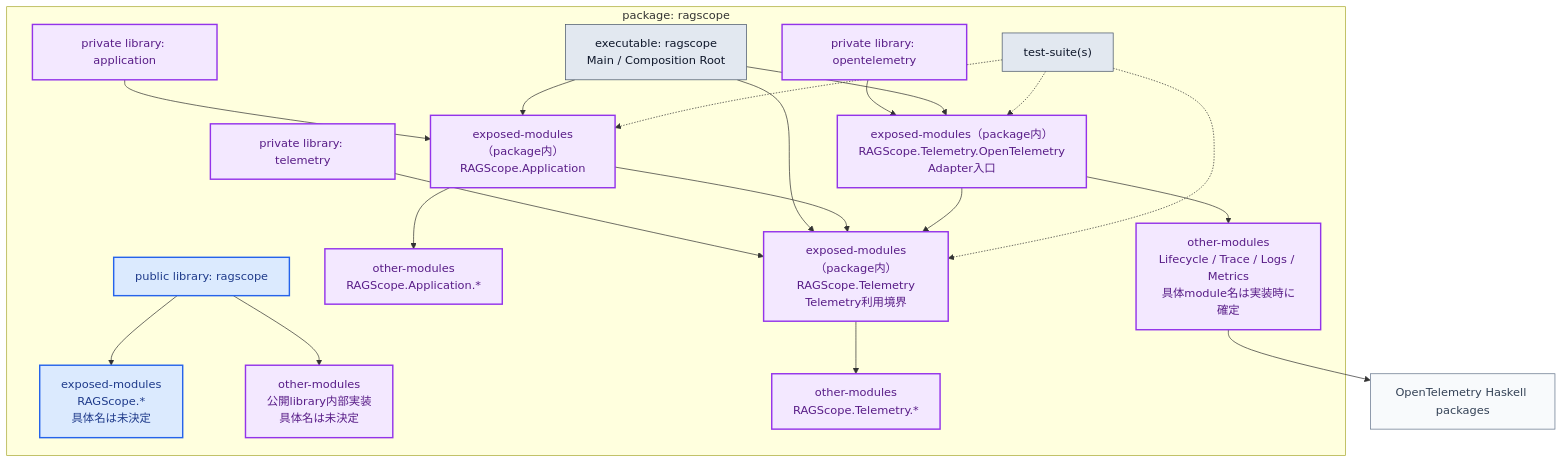
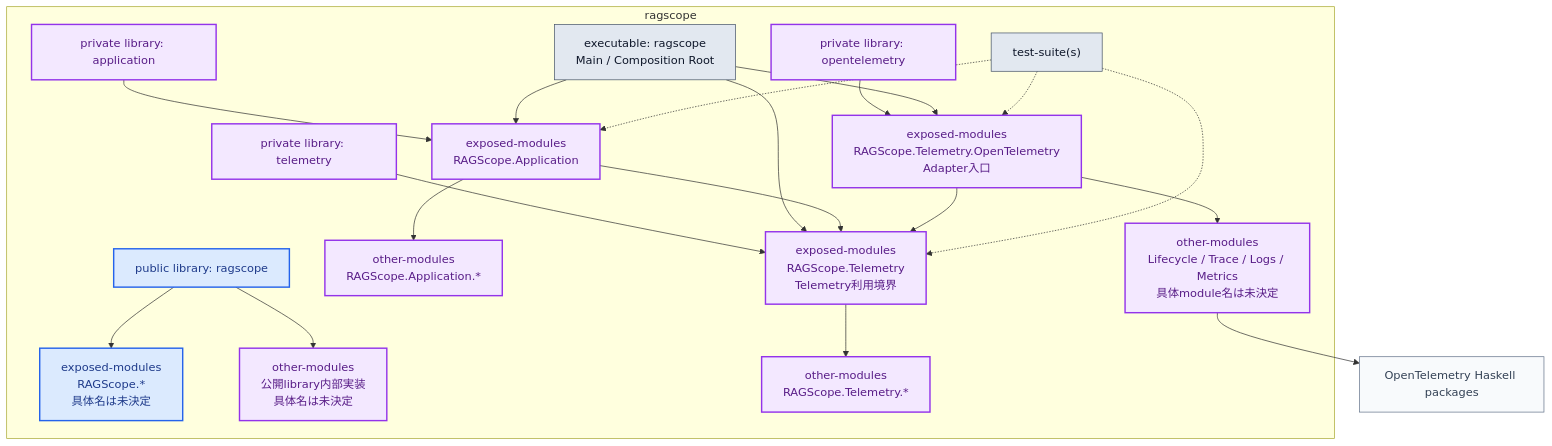
Before and after one commit to takashit16833/Workbench: the first of 2 diagrams in Notes/RAGScope/RAGScopeアプリケーション/RS-0024 Haskellライブラリ・モジュールマップ.md, drawn with Mermaid. The commit also changed other lines of this file, not shown here.

````diff
--- a/Notes/RAGScope/RAGScopeアプリケーション/RS-0024 Haskellライブラリ・モジュールマップ.md
+++ b/Notes/RAGScope/RAGScopeアプリケーション/RS-0024 Haskellライブラリ・モジュールマップ.md
@@ -61,50 +17,50 @@
 ```mermaid
 flowchart TB
-    subgraph PKG["package: ragscope"]
+    subgraph PKG["ragscope"]
         PUBLIB["public library: ragscope"]:::public
         PUBEX["exposed-modules<br/>RAGScope.*<br/>具体名は未決定"]:::public
         PUBOTHER["other-modules<br/>公開library内部実装<br/>具体名は未決定"]:::private
         PUBLIB --> PUBEX
         PUBLIB --> PUBOTHER
 
         APPLIB["private library: application"]:::private
-        APPAPI["exposed-modules（package内）<br/>RAGScope.Application"]:::private
+        APPAPI["exposed-modules<br/>RAGScope.Application"]:::private
         APPOTHER["other-modules<br/>RAGScope.Application.*"]:::private
         APPLIB --> APPAPI
         APPAPI --> APPOTHER
 
         TELLIB["private library: telemetry"]:::private
-        TELAPI["exposed-modules（package内）<br/>RAGScope.Telemetry<br/>Telemetry利用境界"]:::private
+        TELAPI["exposed-modules<br/>RAGScope.Telemetry<br/>Telemetry利用境界"]:::private
         TELOTHER["other-modules<br/>RAGScope.Telemetry.*"]:::private
         TELLIB --> TELAPI
         TELAPI --> TELOTHER
 
         OTELLIB["private library: opentelemetry"]:::private
-        OTELAPI["exposed-modules（package内）<br/>RAGScope.Telemetry.OpenTelemetry<br/>Adapter入口"]:::private
-        OTELOTHER["other-modules<br/>Lifecycle / Trace / Logs / Metrics<br/>具体module名は実装時に確定"]:::private
+        OTELAPI["exposed-modules<br/>RAGScope.Telemetry.OpenTelemetry<br/>Adapter入口"]:::private
+        OTELOTHER["other-modules<br/>Lifecycle / Trace / Logs / Metrics<br/>具体module名は未決定"]:::private
         OTELLIB --> OTELAPI
         OTELAPI --> OTELOTHER
 
         MAIN["executable: ragscope<br/>Main / Composition Root"]:::runtime
         TEST["test-suite(s)"]:::runtime
 
         MAIN --> APPAPI
         MAIN --> TELAPI
         MAIN --> OTELAPI
 
         APPAPI --> TELAPI
         OTELAPI --> TELAPI
 
         TEST -.-> APPAPI
         TEST -.-> TELAPI
         TEST -.-> OTELAPI
     end
 
     OTELPKG["OpenTelemetry Haskell packages"]:::external
     OTELOTHER --> OTELPKG
 
     classDef public fill:#dbeafe,stroke:#2563eb,color:#1e3a8a,stroke-width:2px;
     classDef private fill:#f3e8ff,stroke:#9333ea,color:#581c87,stroke-width:2px;
     classDef external fill:#f8fafc,stroke:#64748b,color:#334155,stroke-width:1px;
     classDef runtime fill:#e2e8f0,stroke:#475569,color:#0f172a,stroke-width:1px;
 ```
````
